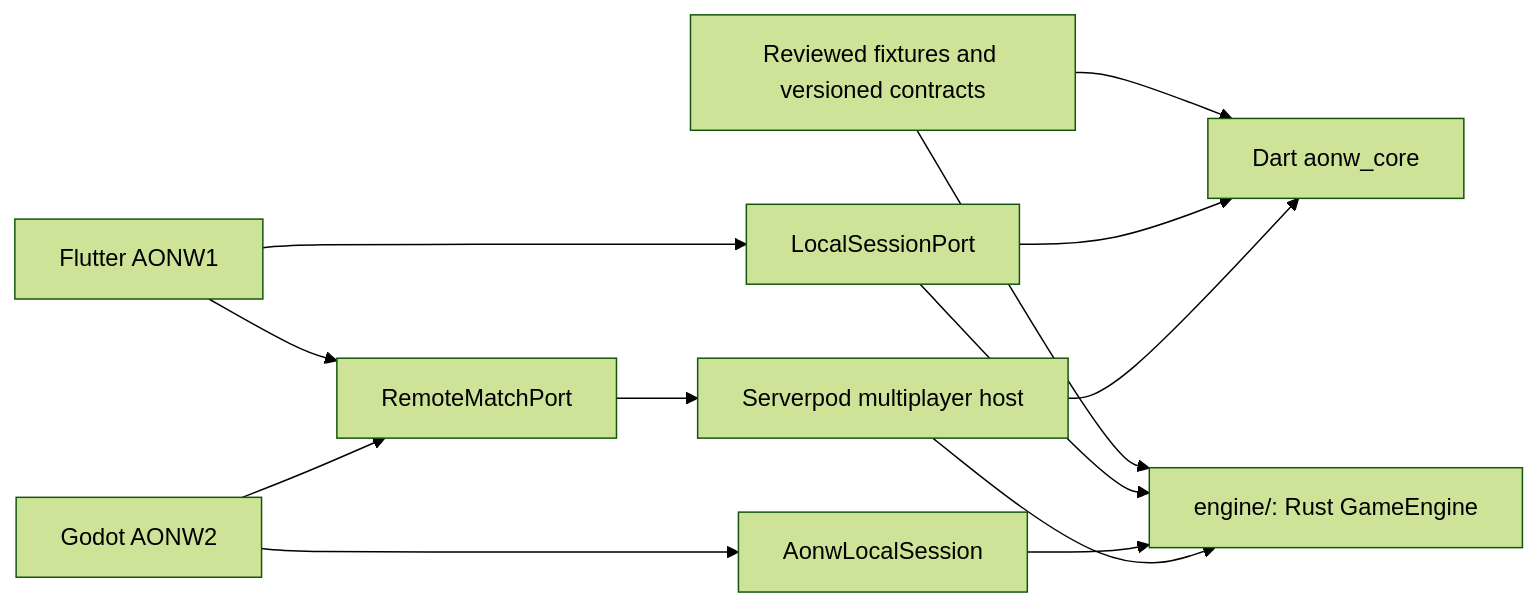
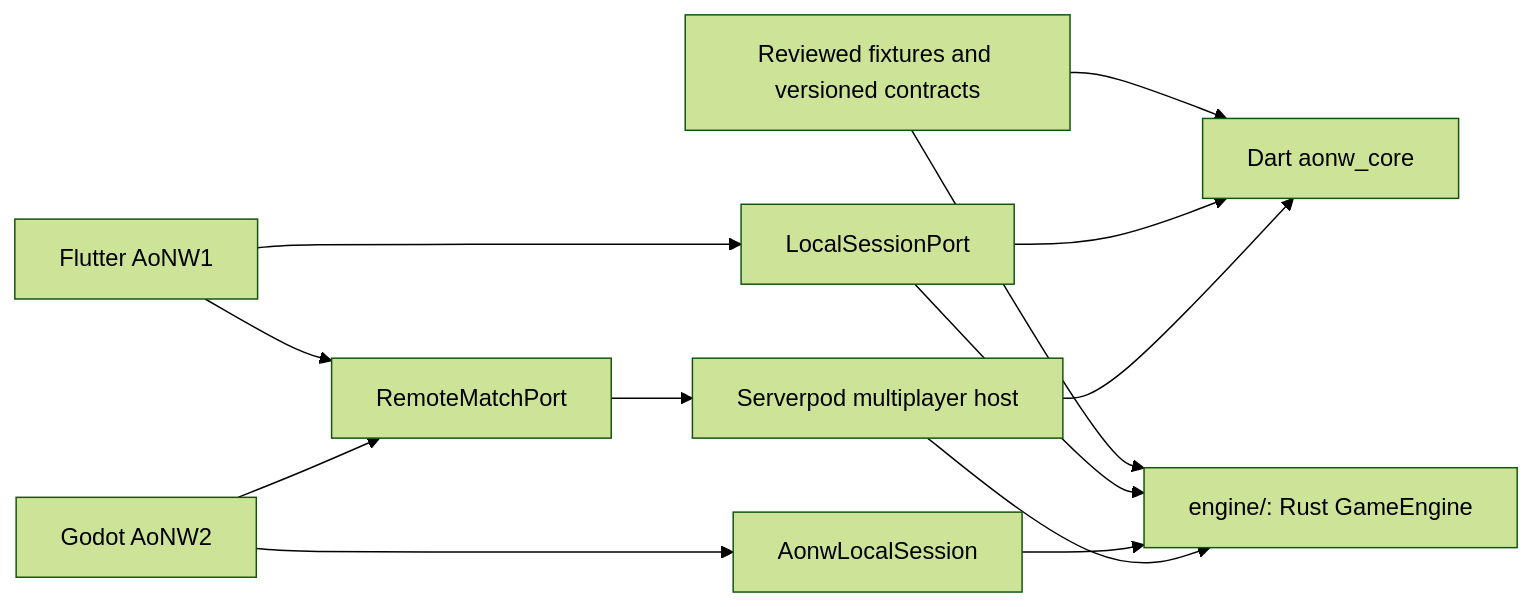
The diagram in docs/adr/0008-rust-engine-ownership-and-strangler-migration.md (ernestwisniewski/aonw), drawn with Mermaid (forest theme) before and after one commit. The commit also changed other lines of this file and 66 other files, not shown here.

````diff
--- a/docs/adr/0008-rust-engine-ownership-and-strangler-migration.md
+++ b/docs/adr/0008-rust-engine-ownership-and-strangler-migration.md
@@ -31,15 +31,15 @@
 ```mermaid
 flowchart LR
   Oracle["Reviewed fixtures and versioned contracts"] --> Dart["Dart aonw_core"]
   Oracle --> Rust["engine/: Rust GameEngine"]
-  Flutter["Flutter AONW1"] --> Local["LocalSessionPort"]
+  Flutter["Flutter AoNW1"] --> Local["LocalSessionPort"]
   Local --> Dart
   Local --> Rust
-  Godot["Godot AONW2"] --> GodotLocal["AonwLocalSession"]
+  Godot["Godot AoNW2"] --> GodotLocal["AonwLocalSession"]
   GodotLocal --> Rust
   Flutter --> Remote["RemoteMatchPort"]
   Godot --> Remote
   Remote --> Serverpod["Serverpod multiplayer host"]
   Serverpod --> Dart
   Serverpod --> Rust
 ```
````
